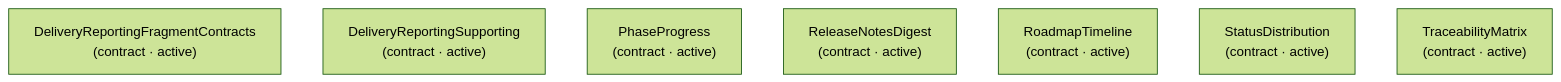
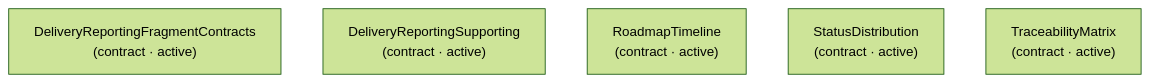
One commit to libar-dev/architect changed the fifth of 24 diagrams in docs-live/DESIGN-REVIEW.md. Above: the diagram before and after it, drawn with Mermaid (forest theme). The commit also changed other lines of this file and 240 other files, not shown here.

````diff
--- a/docs-live/DESIGN-REVIEW.md
+++ b/docs-live/DESIGN-REVIEW.md
@@ -145,10 +145,8 @@
 ```mermaid
 graph TD
   deliveryreportingfragmentcontracts["DeliveryReportingFragmentContracts<br/>(contract · active)"]
   deliveryreportingsupporting["DeliveryReportingSupporting<br/>(contract · active)"]
-  phaseprogress["PhaseProgress<br/>(contract · active)"]
-  releasenotesdigest["ReleaseNotesDigest<br/>(contract · active)"]
   roadmaptimeline["RoadmapTimeline<br/>(contract · active)"]
   statusdistribution["StatusDistribution<br/>(contract · active)"]
   traceabilitymatrix["TraceabilityMatrix<br/>(contract · active)"]
 ```
````
